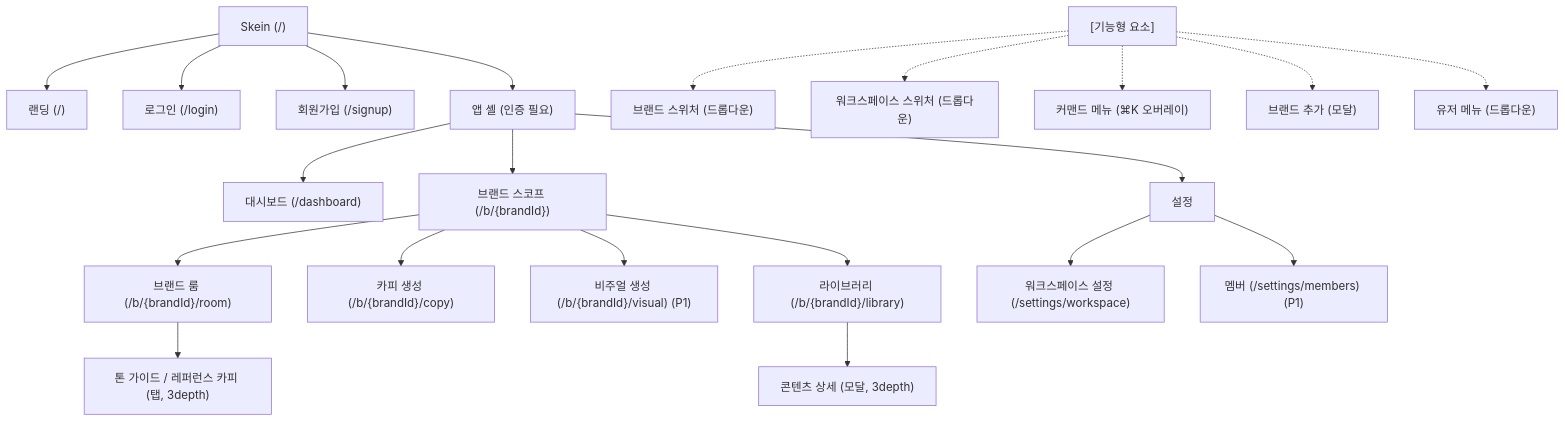
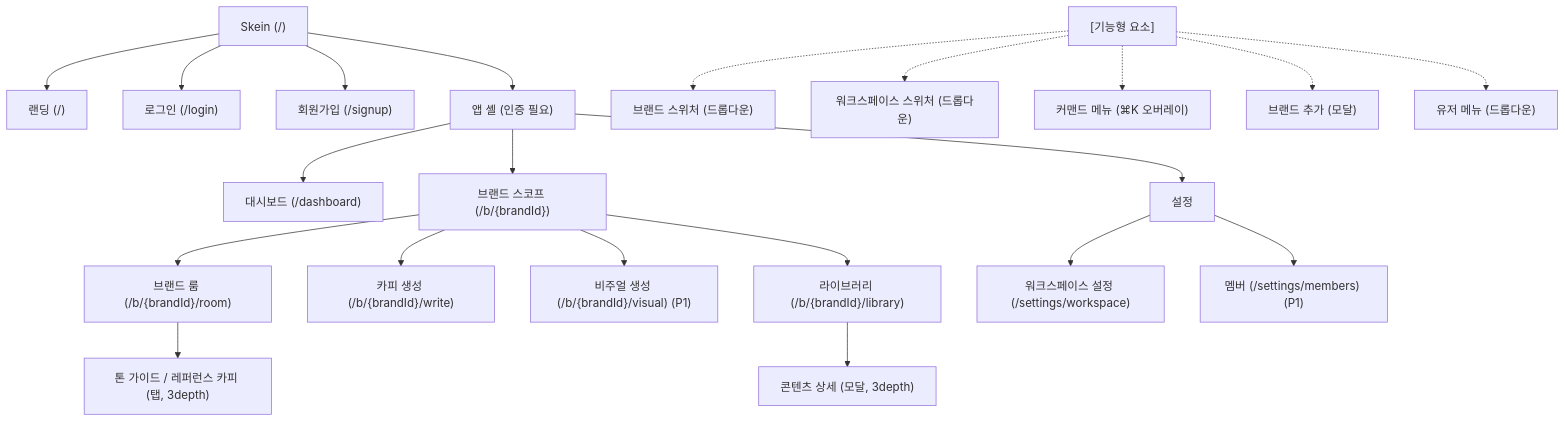
One commit to Jigeum-lab/skein_front-end changed the first of 7 diagrams in product/skein-app/ux/ia-userflow.md. Above: the diagram before and after it, drawn with Mermaid. The commit also changed other lines of this file and 3 other files, not shown here.

````diff
--- a/product/skein-app/ux/ia-userflow.md
+++ b/product/skein-app/ux/ia-userflow.md
@@ -49,30 +51,30 @@
 ```mermaid
 graph TD
   Root["Skein (/)"]
   Root --> Landing["랜딩 (/)"]
   Root --> Login["로그인 (/login)"]
   Root --> Signup["회원가입 (/signup)"]
 
   Root --> App["앱 셸 (인증 필요)"]
   App --> Dash["대시보드 (/dashboard)"]
 
   App --> Brand["브랜드 스코프 (/b/{brandId})"]
   Brand --> Room["브랜드 룸 (/b/{brandId}/room)"]
-  Brand --> Copy["카피 생성 (/b/{brandId}/copy)"]
+  Brand --> Copy["카피 생성 (/b/{brandId}/write)"]
   Brand --> Visual["비주얼 생성 (/b/{brandId}/visual) (P1)"]
   Brand --> Lib["라이브러리 (/b/{brandId}/library)"]
 
   App --> Settings["설정"]
   Settings --> WS["워크스페이스 설정 (/settings/workspace)"]
   Settings --> Members["멤버 (/settings/members) (P1)"]
 
   Room --> RoomTabs["톤 가이드 / 레퍼런스 카피 (탭, 3depth)"]
   Lib --> ContentModal["콘텐츠 상세 (모달, 3depth)"]
 
   FUNC["[기능형 요소]"]
   FUNC -.-> BSwitch["브랜드 스위처 (드롭다운)"]
   FUNC -.-> WSwitch["워크스페이스 스위처 (드롭다운)"]
   FUNC -.-> Cmd["커맨드 메뉴 (⌘K 오버레이)"]
   FUNC -.-> AddBrand["브랜드 추가 (모달)"]
   FUNC -.-> UserMenu["유저 메뉴 (드롭다운)"]
 ```
````
